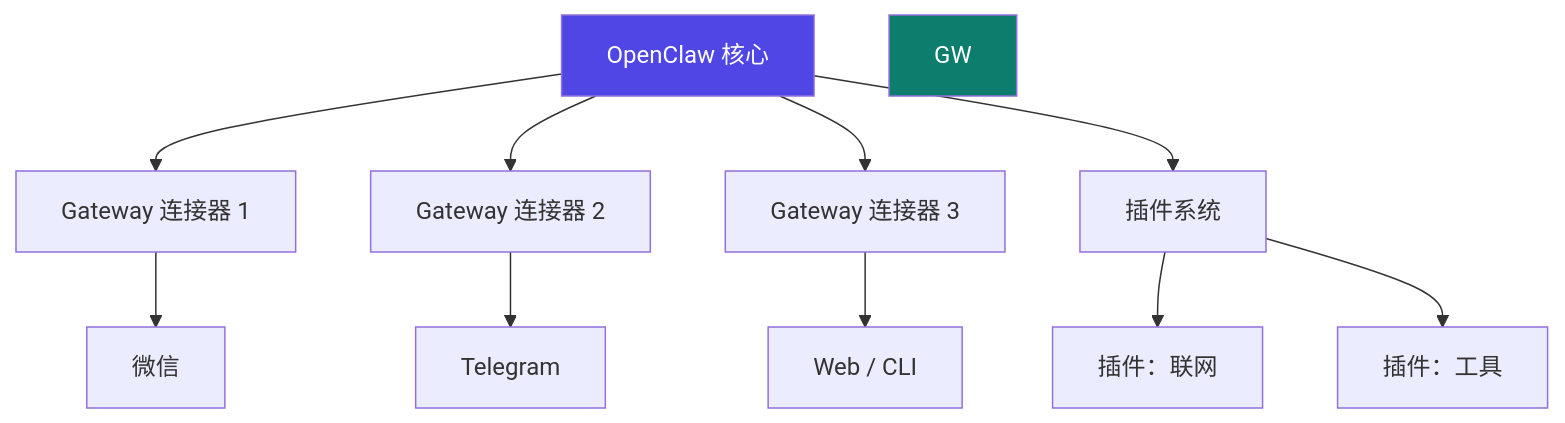
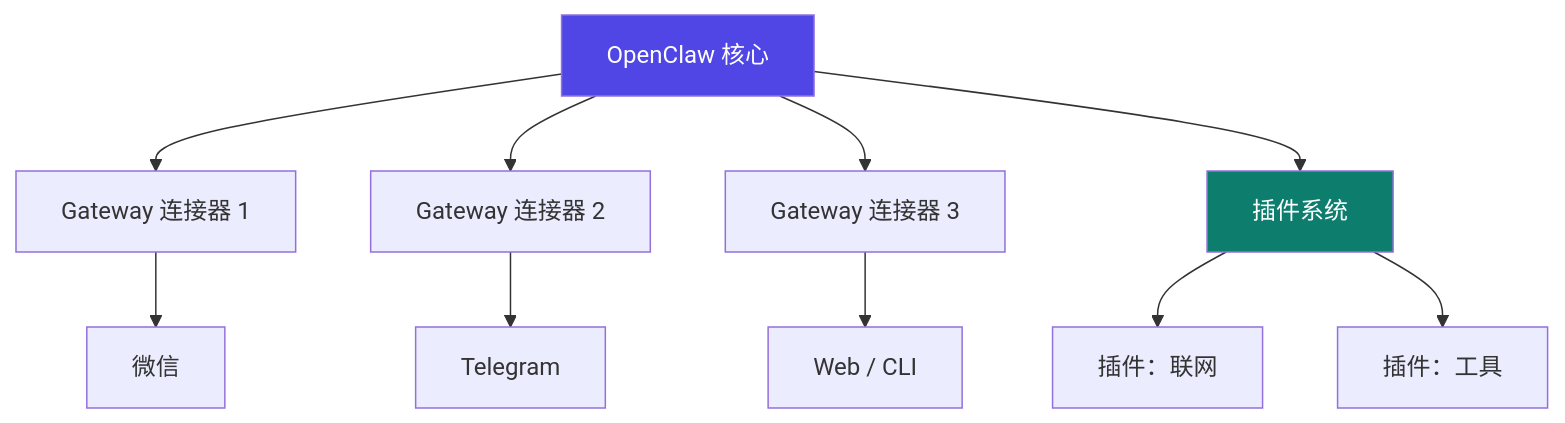
One commit to kjiu72063-sudo/agent-arch-docs changed the second of 2 diagrams in instances/openclaw.md. Above: the diagram before and after it, drawn with Mermaid. The commit also changed other lines of this file and 8 other files, not shown here.

````diff
--- a/instances/openclaw.md
+++ b/instances/openclaw.md
@@ -37,14 +37,14 @@
 ```mermaid
 flowchart TD
   CORE["OpenClaw 核心"] --> G1["Gateway 连接器 1"]
   CORE --> G2["Gateway 连接器 2"]
   CORE --> G3["Gateway 连接器 3"]
   G1 --> W["微信"]
   G2 --> T["Telegram"]
   G3 --> WEB["Web / CLI"]
   CORE --> PL["插件系统"]
   PL --> P1["插件：联网"]
   PL --> P2["插件：工具"]
   style CORE fill:#4f46e5,color:#fff
-  style GW fill:#0d7d6e,color:#fff
+  style PL fill:#0d7d6e,color:#fff
 ```
````
